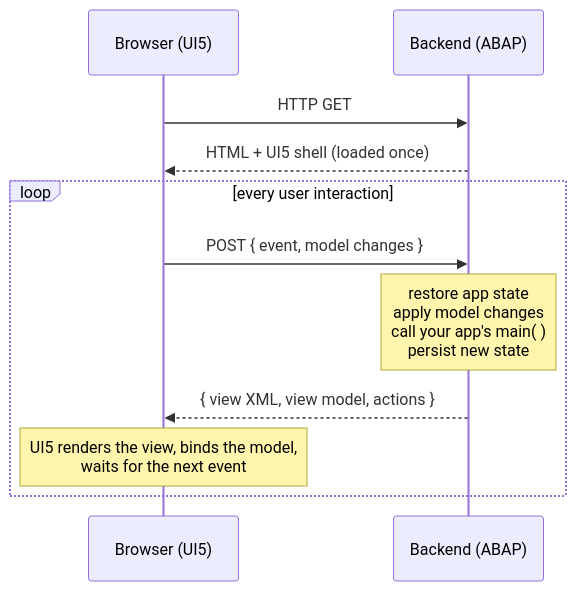
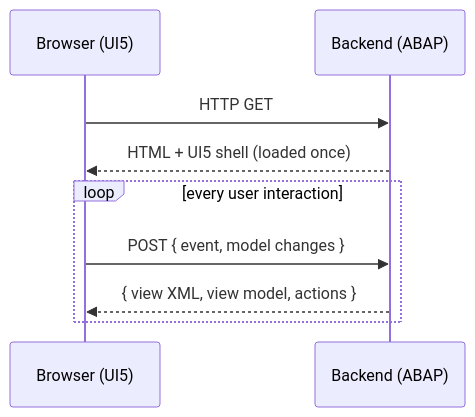
The diagram in README.md (abap2UI5/abap2UI5), drawn with Mermaid before and after one commit. The commit also changed other lines of this file, not shown here.

First line of the commit message:
Clarify app lifecycle and simplify architecture documentation (#2648)

````diff
--- a/README.md
+++ b/README.md
@@ -91,13 +71,11 @@
 ```mermaid
 sequenceDiagram
     participant Browser as Browser (UI5)
     participant ABAP as Backend (ABAP)
     Browser->>ABAP: HTTP GET
     ABAP-->>Browser: HTML + UI5 shell (loaded once)
     loop every user interaction
         Browser->>ABAP: POST { event, model changes }
-        Note over ABAP: restore app state<br/>apply model changes<br/>call your app's main( )<br/>persist new state
         ABAP-->>Browser: { view XML, view model, actions }
-        Note over Browser: UI5 renders the view, binds the model,<br/>waits for the next event
     end
 ```
````
